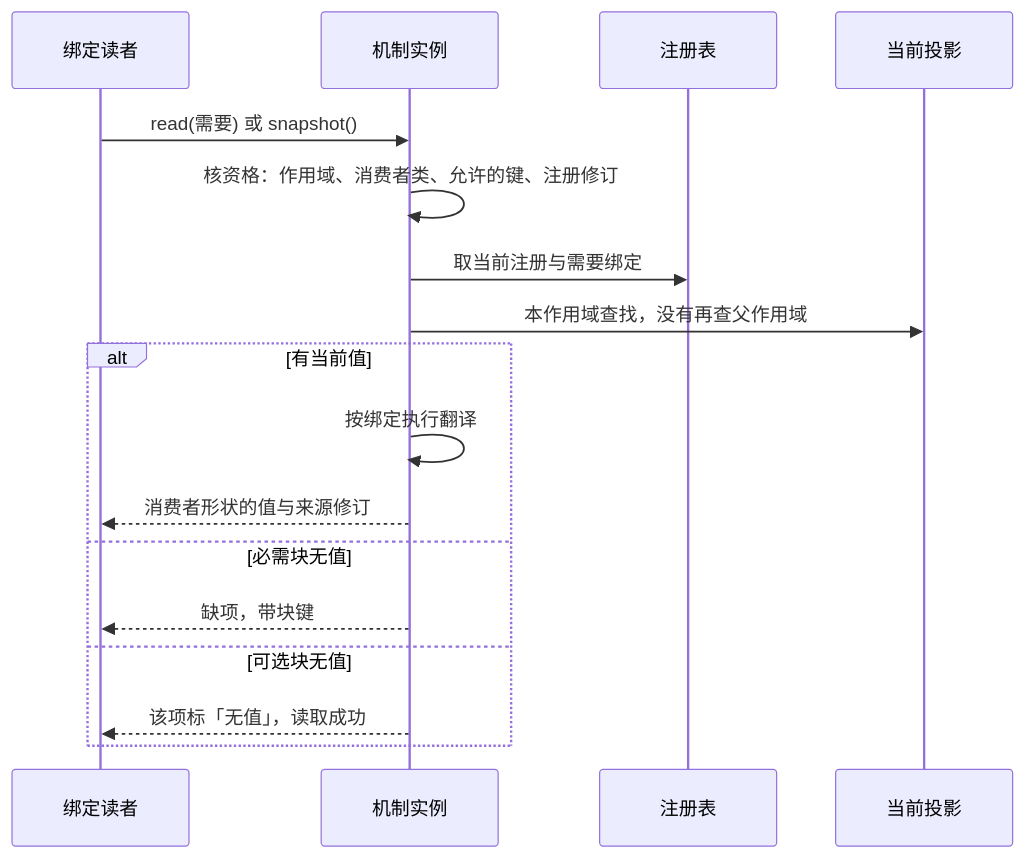
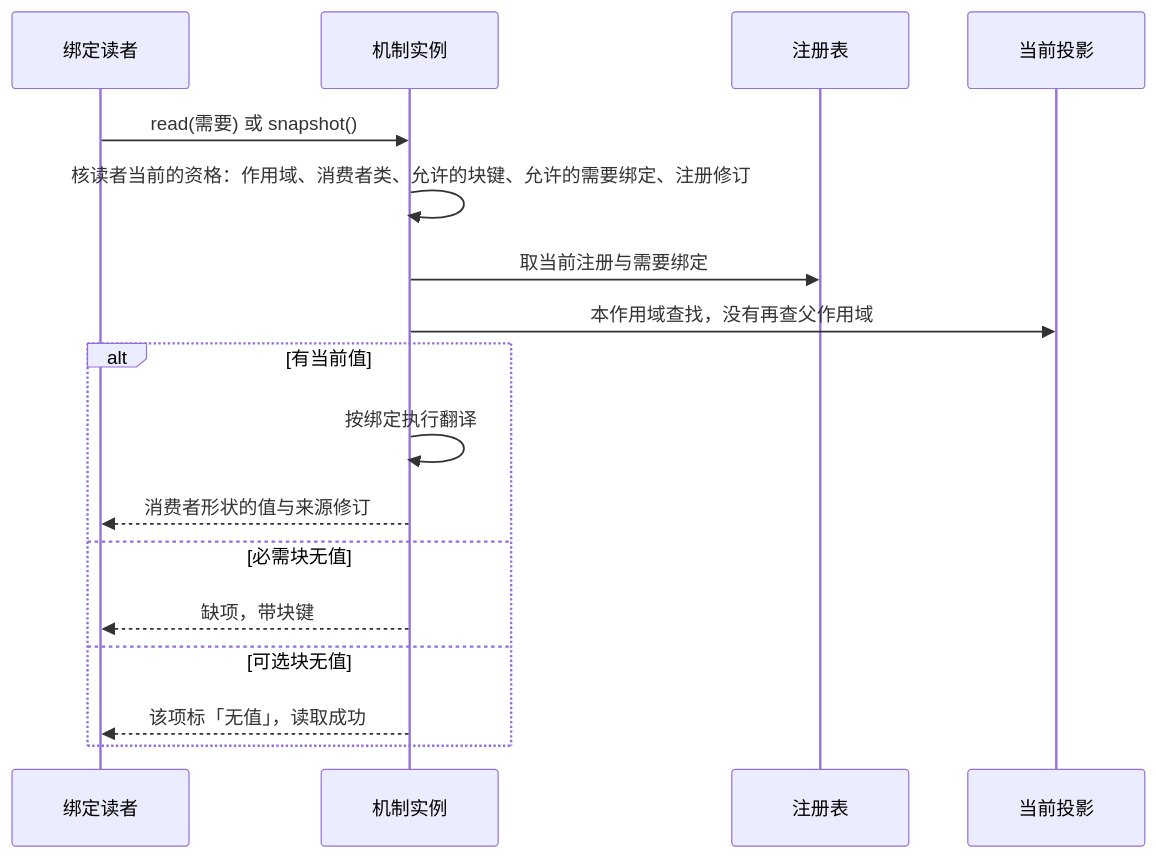
The third of 5 diagrams in packages/context/runtime-context/docs/flows.md (nemori-ai/omne-harness-lite), drawn with Mermaid before and after one commit. The commit also changed other lines of this file and 43 other files, not shown here.

````diff
--- a/packages/context/runtime-context/docs/flows.md
+++ b/packages/context/runtime-context/docs/flows.md
@@ -79,19 +84,19 @@
 ```mermaid
 sequenceDiagram
   participant R as 绑定读者
   participant M as 机制实例
   participant Reg as 注册表
   participant Proj as 当前投影
   R->>M: read(需要) 或 snapshot()
-  M->>M: 核资格：作用域、消费者类、允许的键、注册修订
+  M->>M: 核读者当前的资格：作用域、消费者类、允许的块键、允许的需要绑定、注册修订
   M->>Reg: 取当前注册与需要绑定
   M->>Proj: 本作用域查找，没有再查父作用域
   alt 有当前值
     M->>M: 按绑定执行翻译
     M-->>R: 消费者形状的值与来源修订
   else 必需块无值
     M-->>R: 缺项，带块键
   else 可选块无值
     M-->>R: 该项标「无值」，读取成功
   end
 ```
````
